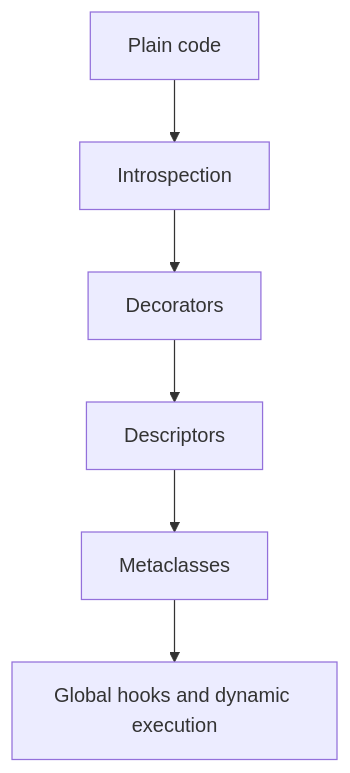
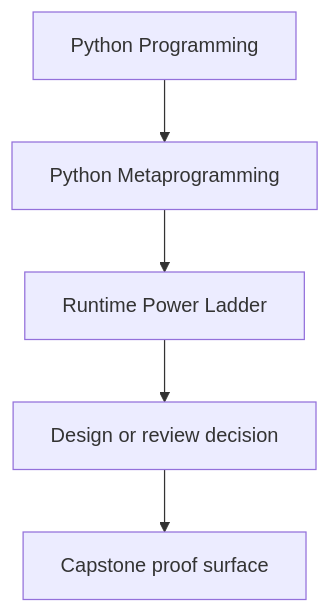
One commit to bijux/bijux-masterclass changed the first of 2 diagrams in programs/python-programming/python-meta-programming/course-book/reference/runtime-power-ladder.md. Above: the diagram before and after it, drawn with Mermaid. The commit also changed other lines of this file and 15 other files, not shown here.

Commit message:
docs(python-meta-programming): sharpen guide and reference diagrams

````diff
--- a/programs/python-programming/python-meta-programming/course-book/reference/runtime-power-ladder.md
+++ b/programs/python-programming/python-meta-programming/course-book/reference/runtime-power-ladder.md
@@ -6,11 +6,7 @@
 ```mermaid
-graph TD
-  plain["Plain code"]
-  inspect["Introspection"]
-  decorators["Decorators"]
-  descriptors["Descriptors"]
-  metaclasses["Metaclasses"]
-  global["Global hooks and dynamic execution"]
-
-  plain --> inspect --> decorators --> descriptors --> metaclasses --> global
+flowchart TD
+  family["Python Programming"] --> program["Python Metaprogramming"]
+  program --> reference["Runtime Power Ladder"]
+  reference --> review["Design or review decision"]
+  review --> capstone["Capstone proof surface"]
 ```
````
